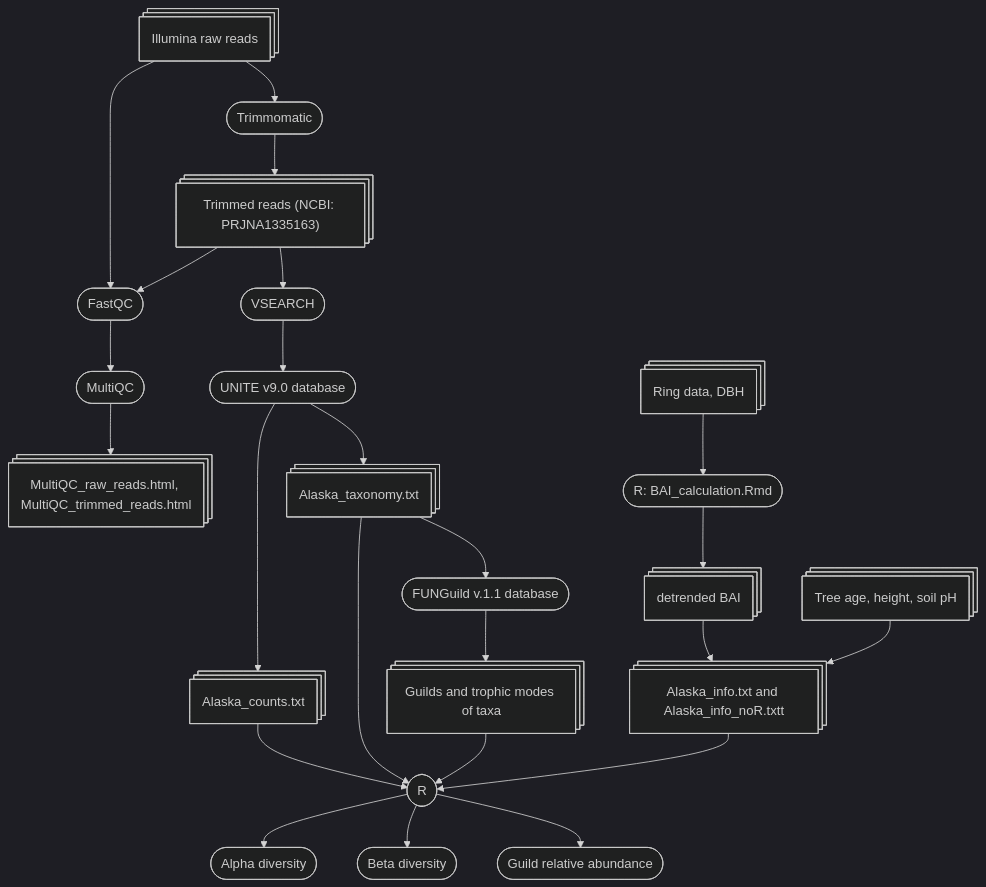
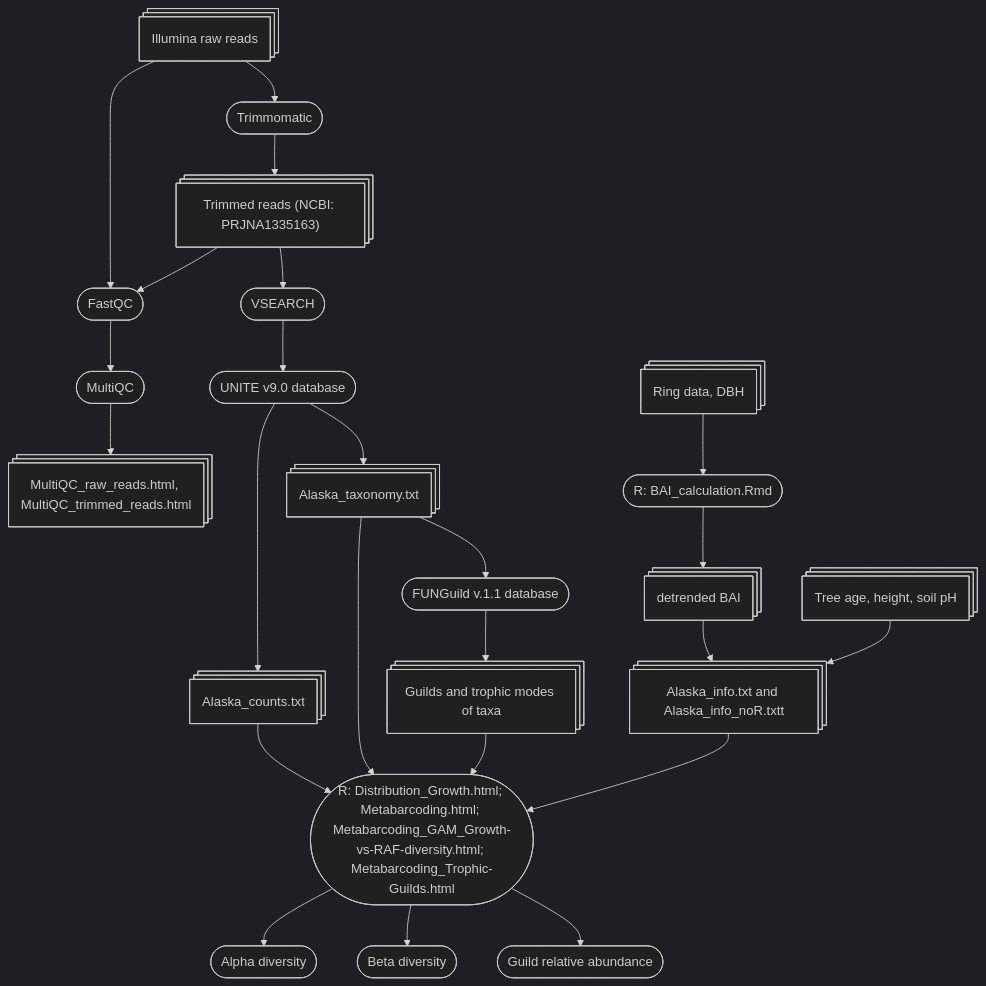
The diagram in README.md (kuprinak/Picea_glauca_ITS2), drawn with Mermaid (dark theme) before and after one commit.

````diff
--- a/README.md
+++ b/README.md
@@ -10,24 +10,24 @@
 ```mermaid
 flowchart TB
 
  A@{shape: procs, label: "Illumina raw reads"} --> B([Trimmomatic]);
     A --> Fa;
     Fa --> Mu([MultiQC]);
     B --> C@{shape: procs, label: "Trimmed reads (NCBI: PRJNA1335163)"};
     C --> Fa([FastQC]);
     Mu --> Mur@{shape: procs, label: "MultiQC_raw_reads.html, MultiQC_trimmed_reads.html"}; 
     C --> V([VSEARCH]);
     V --> T([UNITE v9.0 database]);
-    T --> CV@{shape: procs, label: "Alaska_counts.txt"} --> R([R])
-    T --> Ta@{shape: procs, label: "Alaska_taxonomy.txt"} --> R([R])
+    T --> CV@{shape: procs, label: "Alaska_counts.txt"} --> R([R: Distribution_Growth.html; Metabarcoding.html; Metabarcoding_GAM_Growth-vs-RAF-diversity.html; Metabarcoding_Trophic-Guilds.html])
+    T --> Ta@{shape: procs, label: "Alaska_taxonomy.txt"} --> R
     Ta --> F([FUNGuild v.1.1 database]);
-    F --> Gu@{shape: procs, label: "Guilds and trophic modes of taxa"} --> R([R])
-    R([R]) --> alpha([Alpha diversity])
-    R([R]) --> beta([Beta diversity])
-    R([R]) --> Guild([Guild relative abundance])
+    F --> Gu@{shape: procs, label: "Guilds and trophic modes of taxa"} --> R
+    R --> alpha([Alpha diversity])
+    R --> beta([Beta diversity])
+    R --> Guild([Guild relative abundance])
 
 
 Tree_data@{shape: procs, label: "Ring data, DBH"} --> R1([R: BAI_calculation.Rmd]) --> BAI@{shape: procs, label: "detrended BAI"} --> Sam_inf@{shape: procs, label: "Alaska_info.txt and Alaska_info_noR.txtt"} --> R
 Data@{shape: procs, label: "Tree age, height, soil pH"}   --> Sam_inf
 
 ```
````
